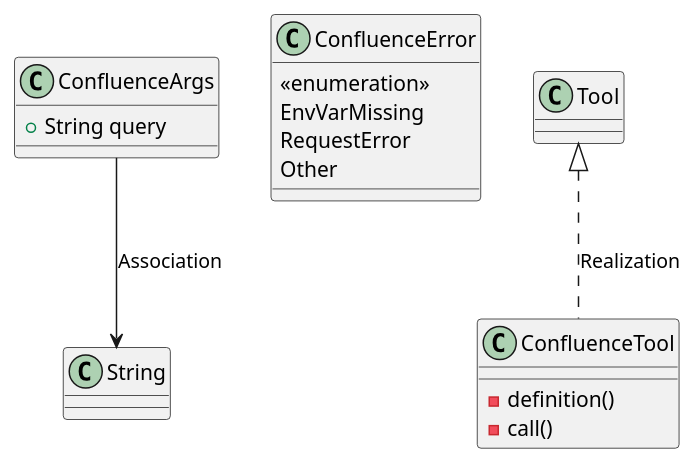
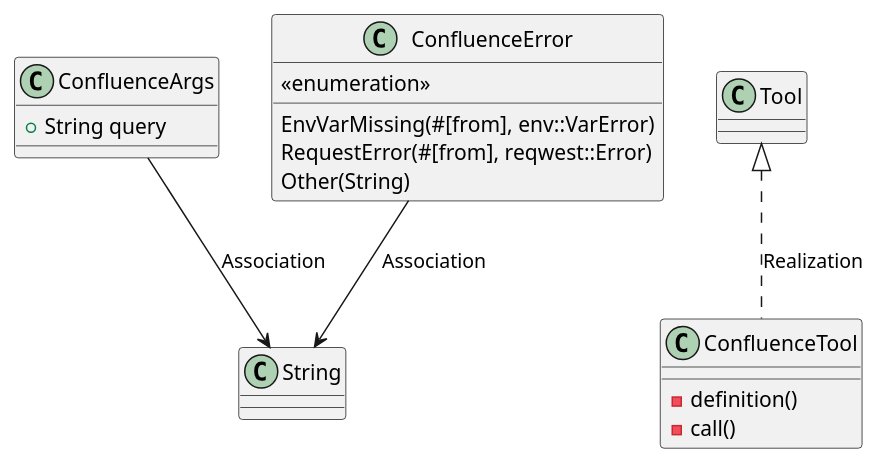
The first of 2 diagrams in openwiki/modules/src/infrastructure/tools/confluence.md (lgcorzo/fastapi-autogen-team), drawn with PlantUML before and after one commit. The commit also changed other lines of this file and 35 other files, not shown here.

````diff
--- a/openwiki/modules/src/infrastructure/tools/confluence.md
+++ b/openwiki/modules/src/infrastructure/tools/confluence.md
@@ -29,19 +29,20 @@
 ```plantuml
 @startuml
     class ConfluenceArgs {
         +String query
     }
     class ConfluenceError {
         <<enumeration>>
-        EnvVarMissing
-        RequestError
-        Other
+        EnvVarMissing(#[from], env::VarError)
+        RequestError(#[from], reqwest::Error)
+        Other(String)
     }
     class ConfluenceTool {
         -definition()
         -call()
     }
     ConfluenceArgs --> String : Association
+    ConfluenceError --> String : Association
     Tool <|.. ConfluenceTool : Realization
 @enduml
 ```
````
